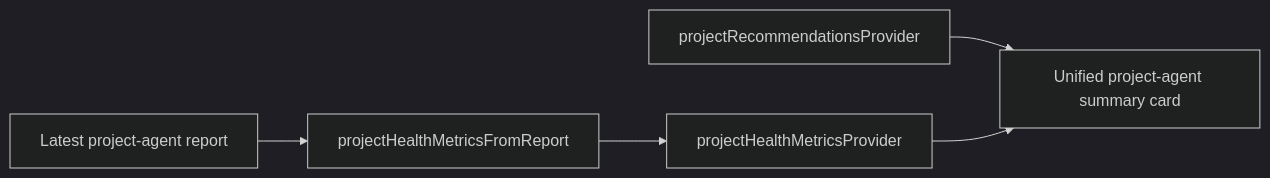
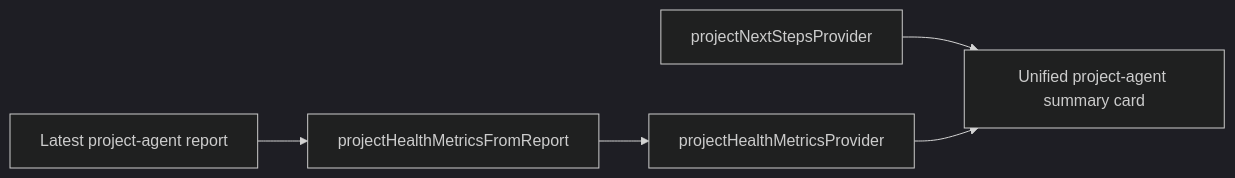
Before and after one commit to matthiasn/lotti: the fifth of 6 diagrams in knowledge/features/projects.md, drawn with Mermaid (dark theme). The commit also changed 15 other files, not shown here.

Commit message:
feat(agents): make project next steps a run snapshot with undoable decisions (#4138)

````diff
--- a/knowledge/features/projects.md
+++ b/knowledge/features/projects.md
@@ -320,7 +320,7 @@
 ```mermaid
 flowchart LR
   Report["Latest project-agent report"] --> Metrics["projectHealthMetricsFromReport"]
   Metrics --> HealthProv["projectHealthMetricsProvider"]
-  Recos["projectRecommendationsProvider"] --> UI
+  Recos["projectNextStepsProvider"] --> UI
   HealthProv --> UI["Unified project-agent summary card"]
 ```
````
